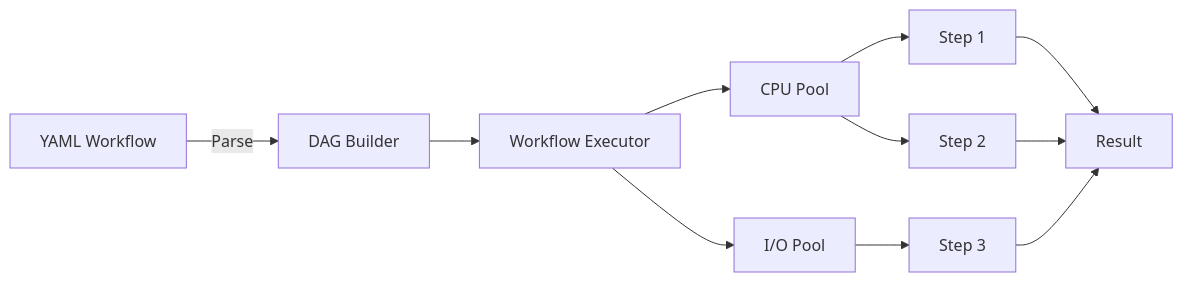
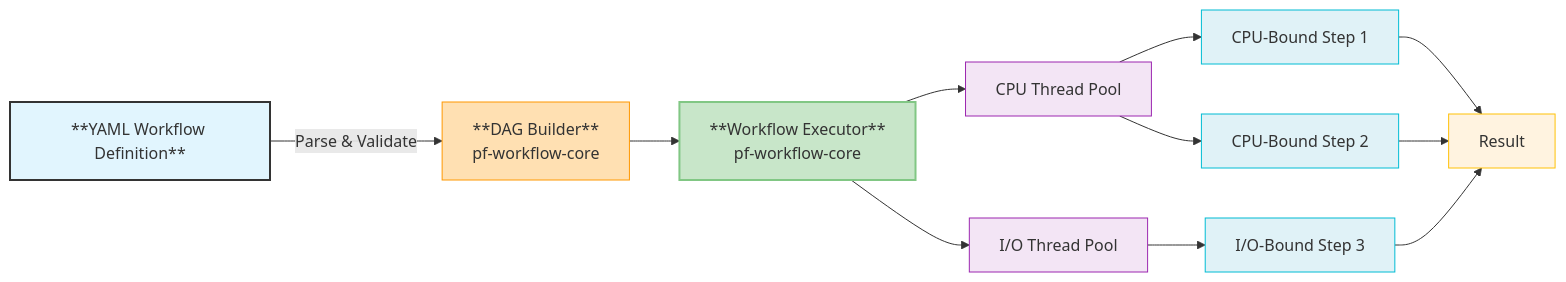
The first of 2 diagrams in docs/rust-acceleration/workflow-engine.md (leechristophermurray/parquetframe), drawn with Mermaid before and after one commit. The commit also changed other lines of this file and 5 other files, not shown here.

First line of the commit message:
docs(rust): enhance Rust acceleration documentation with mermaid diagrams

````diff
--- a/docs/rust-acceleration/workflow-engine.md
+++ b/docs/rust-acceleration/workflow-engine.md
@@ -18,13 +18,23 @@
 ```mermaid
 graph LR
-    A[YAML Workflow] -->|Parse| B[DAG Builder]
-    B --> C[Workflow Executor]
-    C --> D[CPU Pool]
-    C --> E[I/O Pool]
-    D --> F[Step 1]
-    D --> G[Step 2]
-    E --> H[Step 3]
+    A[**YAML Workflow Definition**] -->|Parse & Validate| B[**DAG Builder**<br/>pf-workflow-core]
+    B --> C[**Workflow Executor**<br/>pf-workflow-core]
+    C --> D[CPU Thread Pool]
+    C --> E[I/O Thread Pool]
+    D --> F[CPU-Bound Step 1]
+    D --> G[CPU-Bound Step 2]
+    E --> H[I/O-Bound Step 3]
     F --> I[Result]
     G --> I
     H --> I
+
+    style A fill:#e1f5fe,stroke:#333,stroke-width:2px
+    style B fill:#ffe0b2,stroke:#ff9800,stroke-width:1px
+    style C fill:#c8e6c9,stroke:#81c784,stroke-width:2px
+    style D fill:#f3e5f5,stroke:#9c27b0,stroke-width:1px
+    style E fill:#f3e5f5,stroke:#9c27b0,stroke-width:1px
+    style F fill:#e0f2f7,stroke:#00bcd4,stroke-width:1px
+    style G fill:#e0f2f7,stroke:#00bcd4,stroke-width:1px
+    style H fill:#e0f2f7,stroke:#00bcd4,stroke-width:1px
+    style I fill:#fff3e0,stroke:#ffc107,stroke-width:1px
 ```
````
